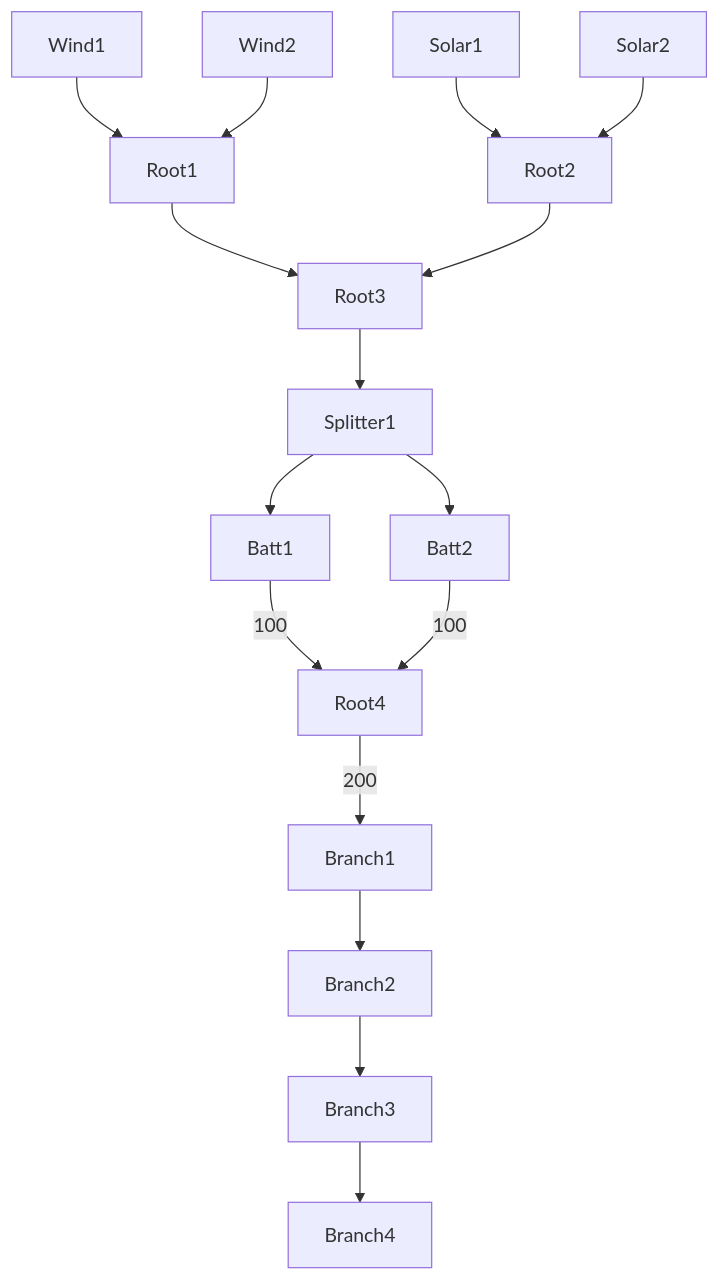
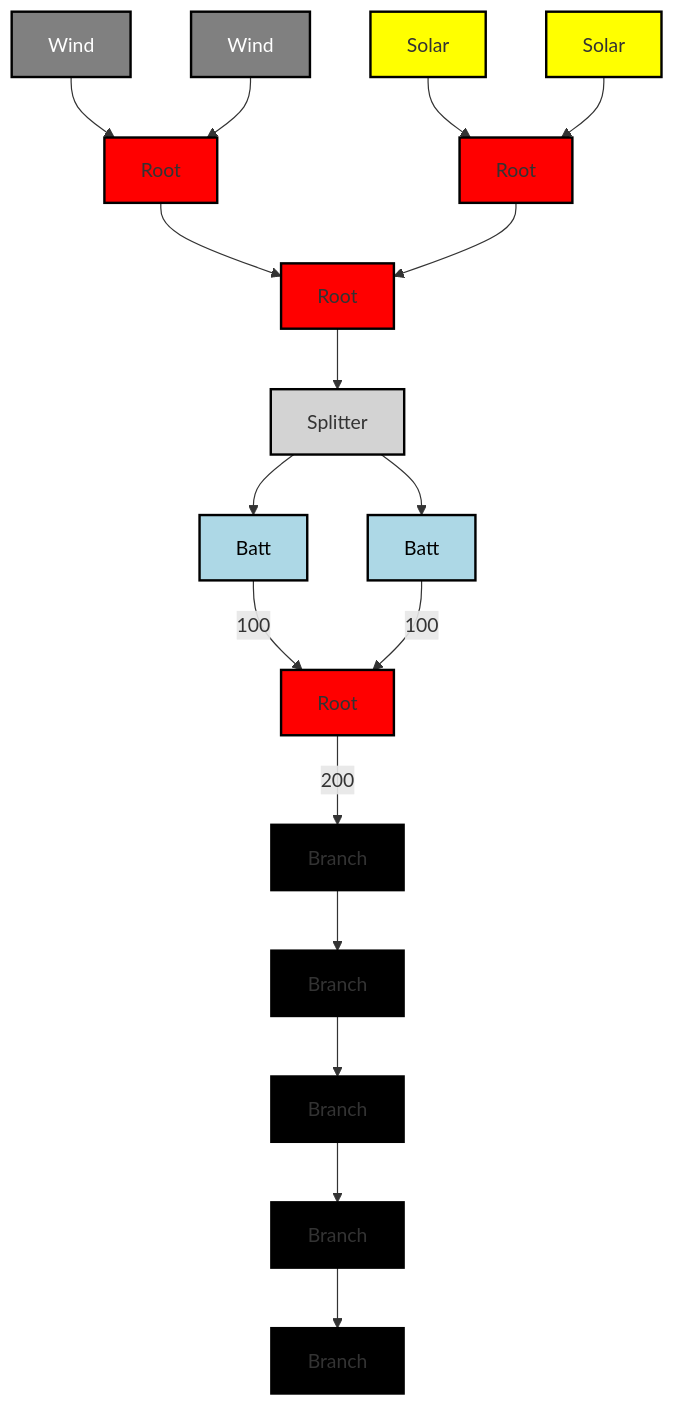
The diagram in readme.md (ZareMate/rust-logistics), drawn with Mermaid before and after one commit.

````diff
--- a/readme.md
+++ b/readme.md
@@ -1,18 +1,36 @@
 ```mermaid
   graph TD;
-      Wind1-->Root1;
-      Wind2-->Root1;
-      Solar1-->Root2;
-      Solar2-->Root2;
-      Root1-->Root3;
-      Root2-->Root3
-      Root3--> Splitter1;
-      Splitter1-->Batt1;
-      Splitter1-->Batt2;
-      Batt1-->|100|Root4;
-      Batt2-->|100|Root4;
-      Root4-->|200|Branch1;
-      Branch1-->Branch2;
-      Branch2-->Branch3
-      Branch3-->Branch4
+    %% Class Definitions
+    classDef root fill:#ff0000,stroke:#000,stroke-width:2,color:#fff; %% Red background, white text
+    classDef branch fill:#000000,stroke:#000,stroke-width:2,color:#fff; %% Black background, white text
+    classDef wind fill:#808080,stroke:#000,stroke-width:2,color:#fff,shape:circle; %% Grey background, white text, circle
+    classDef solar fill:#ffff00,stroke:#000,stroke-width:2,color:#000; %% Yellow background, black text
+    classDef batt fill:#add8e6,stroke:#000,stroke-width:2,color:#000,shape:database; %% Light blue background, black text
+    classDef splitter fill:#d3d3d3,stroke:#000,stroke-width:2,color:#000; %% Light grey background, black text
+
+    %% Graph Nodes
+    Wind1[Wind] --> Root1[Root];
+    Wind2[Wind] --> Root1[Root];
+    Solar1[Solar] --> Root2[Root];
+    Solar2[Solar] --> Root2[Root];
+    Root1[Root] --> Root3[Root];
+    Root2[Root] --> Root3[Root];
+    Root3[Root] --> Splitter1[Splitter];
+    Splitter1[Splitter] --> Batt1[Batt];
+    Splitter1[Splitter] --> Batt2[Batt];
+    Batt1[Batt] -->|100| Root4[Root];
+    Batt2[Batt] -->|100| Root4[Root];
+    Root4[Root] -->|200| Branch1[Branch];
+    Branch1[Branch] --> Branch2[Branch];
+    Branch2[Branch] --> Branch3[Branch];
+    Branch3[Branch] --> Branch4[Branch];
+    Branch4[Branch] --> Branch5[Branch];
+
+    %% Class Assignments
+    class Root1,Root2,Root3,Root4 root;
+    class Branch1,Branch2,Branch3,Branch4,Branch5 branch;
+    class Wind1,Wind2 wind;
+    class Solar1,Solar2 solar;
+    class Batt1,Batt2 batt;
+    class Splitter1 splitter;
 ```
````
